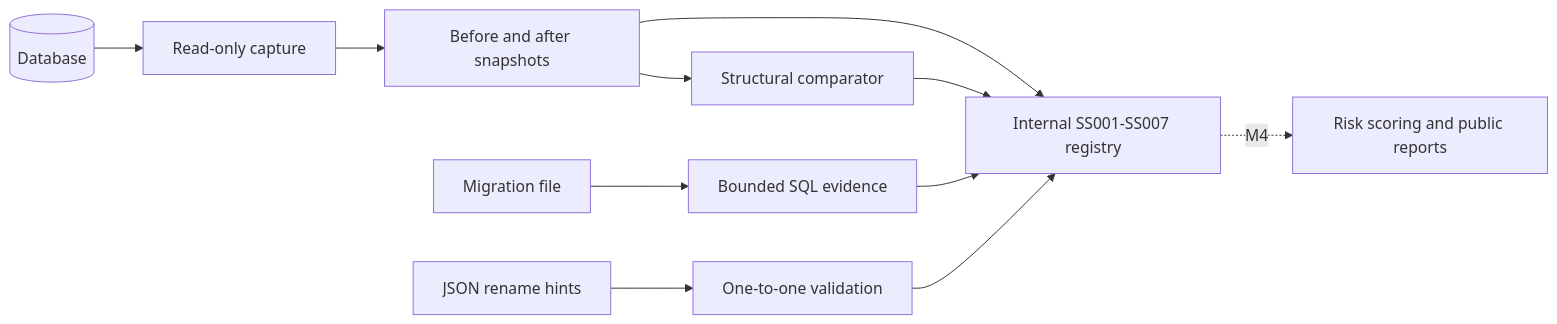
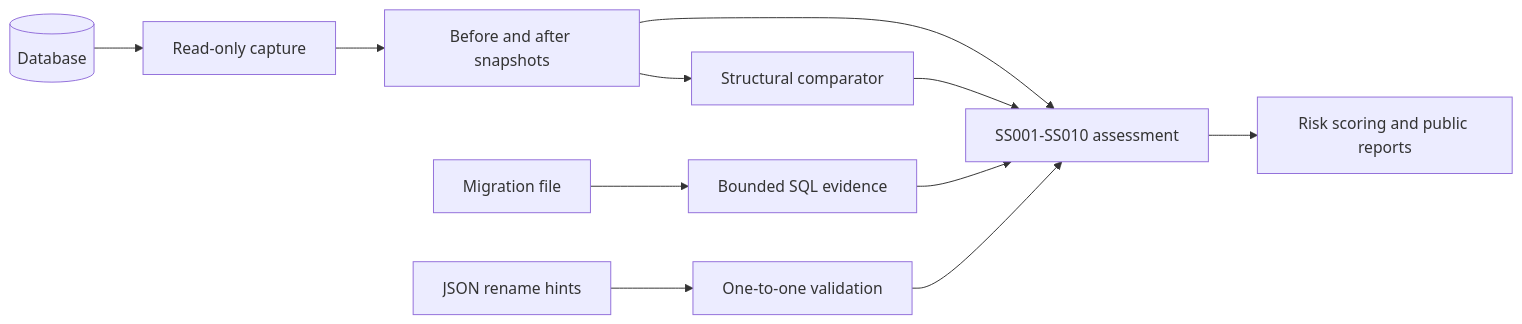
The diagram in docs/ARCHITECTURE.md (Shellghostt/SchemaSentry), drawn with Mermaid before and after one commit. The commit also changed other lines of this file and 52 other files, not shown here.

Commit message:
feat(m4): add deterministic risk assessment and public reports

````diff
--- a/docs/ARCHITECTURE.md
+++ b/docs/ARCHITECTURE.md
@@ -21,13 +21,13 @@
 ```mermaid
 flowchart LR
     DB[(Database)] --> INTRO[Read-only capture]
     INTRO --> SNAP[Before and after snapshots]
     SNAP --> CMP[Structural comparator]
-    SNAP --> CLASS[Internal SS001-SS007 registry]
+    SNAP --> CLASS[SS001-SS010 assessment]
     CMP --> CLASS
     MIG[Migration file] --> PARSE[Bounded SQL evidence]
     PARSE --> CLASS
     HINT[JSON rename hints] --> VALIDATE[One-to-one validation]
     VALIDATE --> CLASS
-    CLASS -. M4 .-> RISK[Risk scoring and public reports]
+    CLASS --> RISK[Risk scoring and public reports]
 ```
````
